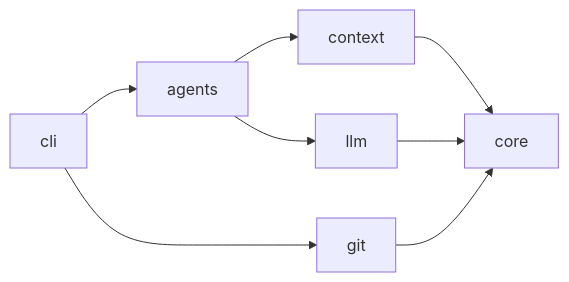
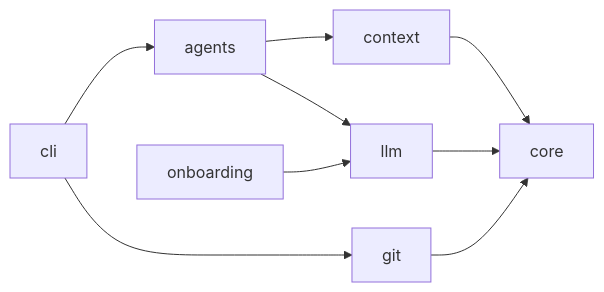
One commit to vaibhav-barman/gitcommit-ai changed the second of 2 diagrams in README.md. Above: the diagram before and after it, drawn with Mermaid. The commit also changed other lines of this file and 25 other files, not shown here.

````diff
--- a/README.md
+++ b/README.md
@@ -157,10 +157,11 @@
 ```mermaid
 flowchart LR
     cli["cli"] --> agents["agents"]
     cli --> git["git"]
     agents --> context["context"]
     agents --> llm["llm"]
     context --> core["core"]
     git --> core
     llm --> core
+    onboarding["onboarding"] --> llm
 ```
````
